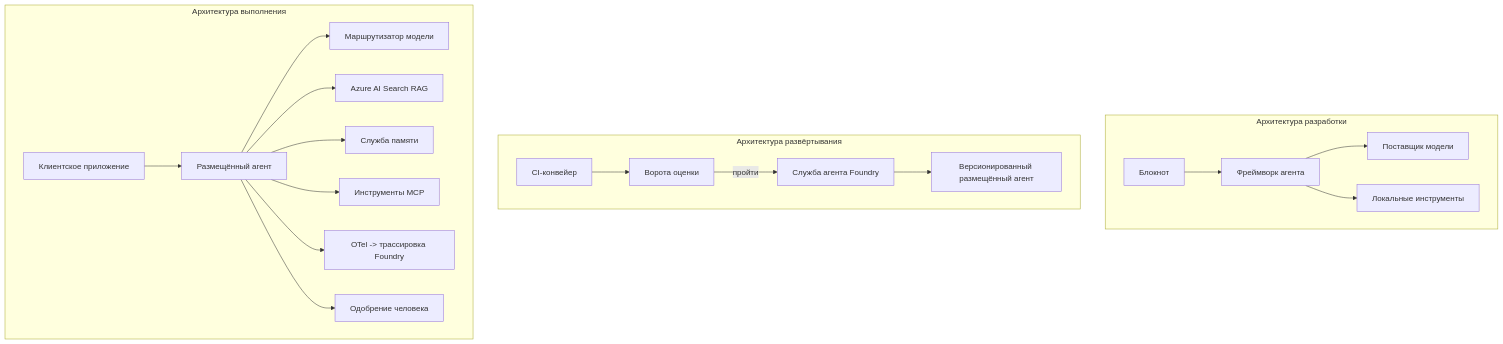
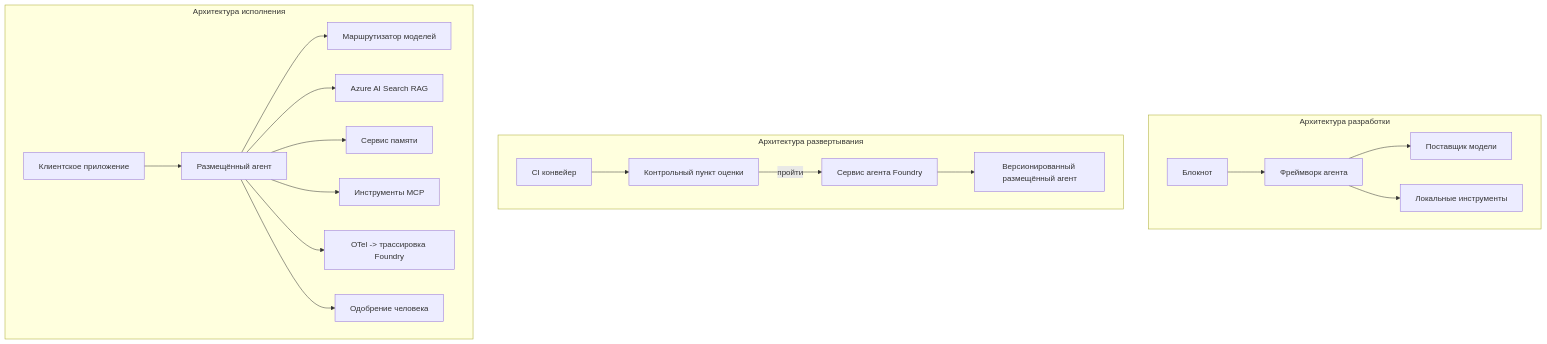
The fourth of 4 diagrams in translations/ru/16-deploying-scalable-agents/README.md (microsoft/ai-agents-for-beginners), drawn with Mermaid before and after one commit. The commit also changed other lines of this file and 47 other files, not shown here.

````diff
--- a/translations/ru/16-deploying-scalable-agents/README.md
+++ b/translations/ru/16-deploying-scalable-agents/README.md
@@ -185,22 +185,22 @@
 ```mermaid
 flowchart TB
     subgraph Dev[Архитектура разработки]
         D1[Блокнот] --> D2[Фреймворк агента]
         D2 --> D3[Поставщик модели]
         D2 --> D4[Локальные инструменты]
     end
-    subgraph Deploy[Архитектура развёртывания]
-        E1[CI-конвейер] --> E2[Ворота оценки]
-        E2 -->|пройти| E3[Служба агента Foundry]
+    subgraph Deploy[Архитектура развертывания]
+        E1[CI конвейер] --> E2[Контрольный пункт оценки]
+        E2 -->|пройти| E3[Сервис агента Foundry]
         E3 --> E4[Версионированный размещённый агент]
     end
-    subgraph Run[Архитектура выполнения]
+    subgraph Run[Архитектура исполнения]
         F1[Клиентское приложение] --> F2[Размещённый агент]
-        F2 --> F3[Маршрутизатор модели]
+        F2 --> F3[Маршрутизатор моделей]
         F2 --> F4[Azure AI Search RAG]
-        F2 --> F5[Служба памяти]
+        F2 --> F5[Сервис памяти]
         F2 --> F6[Инструменты MCP]
         F2 --> F7[OTel -> трассировка Foundry]
         F2 --> F8[Одобрение человека]
     end
 ```
````
